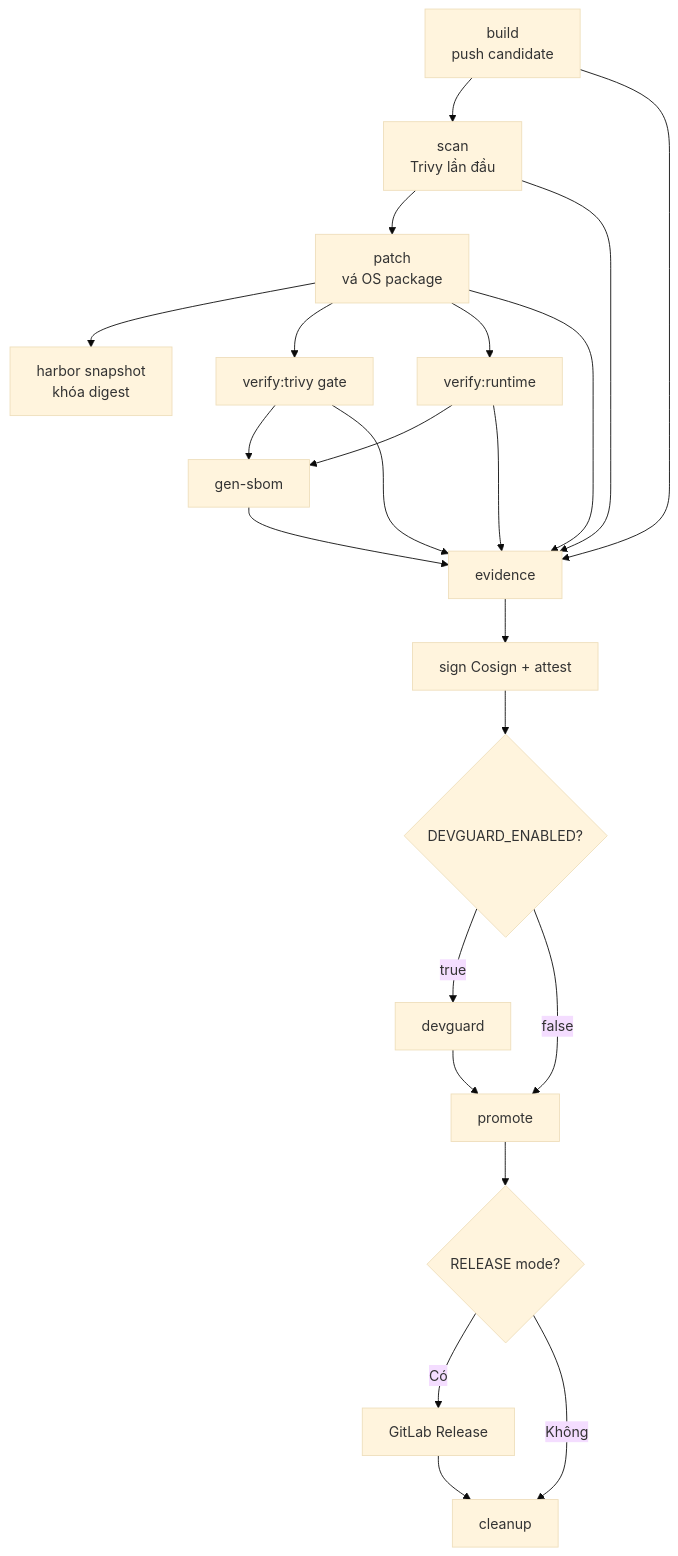
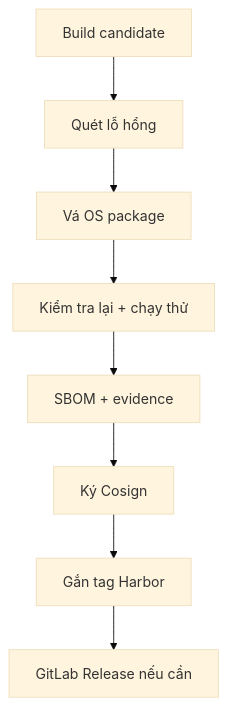
The third of 4 diagrams in README.md (solution156/ci-core), drawn with Mermaid (base theme) before and after one commit. The commit also changed other lines of this file, not shown here.

````diff
--- a/README.md
+++ b/README.md
@@ -128,25 +69,10 @@
 ```mermaid
 flowchart TD
-    B["build<br/>push candidate"] --> S["scan<br/>Trivy lần đầu"]
-    S --> P["patch<br/>vá OS package"]
-    P --> SN["harbor snapshot<br/>khóa digest"]
-    P --> VT["verify:trivy gate"]
-    P --> VR["verify:runtime"]
-    VT --> SB["gen-sbom"]
-    VR --> SB
-    B --> EV["evidence"]
-    S --> EV
-    P --> EV
-    VT --> EV
-    VR --> EV
-    SB --> EV
-    EV --> SG["sign Cosign + attest"]
-    SG --> DG{"DEVGUARD_ENABLED?"}
-    DG -->|true| D["devguard"]
-    DG -->|false| PR["promote"]
-    D --> PR
-    PR --> RL{"RELEASE mode?"}
-    RL -->|Có| R["GitLab Release"]
-    RL -->|Không| CL["cleanup"]
-    R --> CL
+    A["Build candidate"] --> B["Quét lỗ hổng"]
+    B --> C["Vá OS package"]
+    C --> D["Kiểm tra lại + chạy thử"]
+    D --> E["SBOM + evidence"]
+    E --> F["Ký Cosign"]
+    F --> G["Gắn tag Harbor"]
+    G --> H["GitLab Release nếu cần"]
 ```
````
